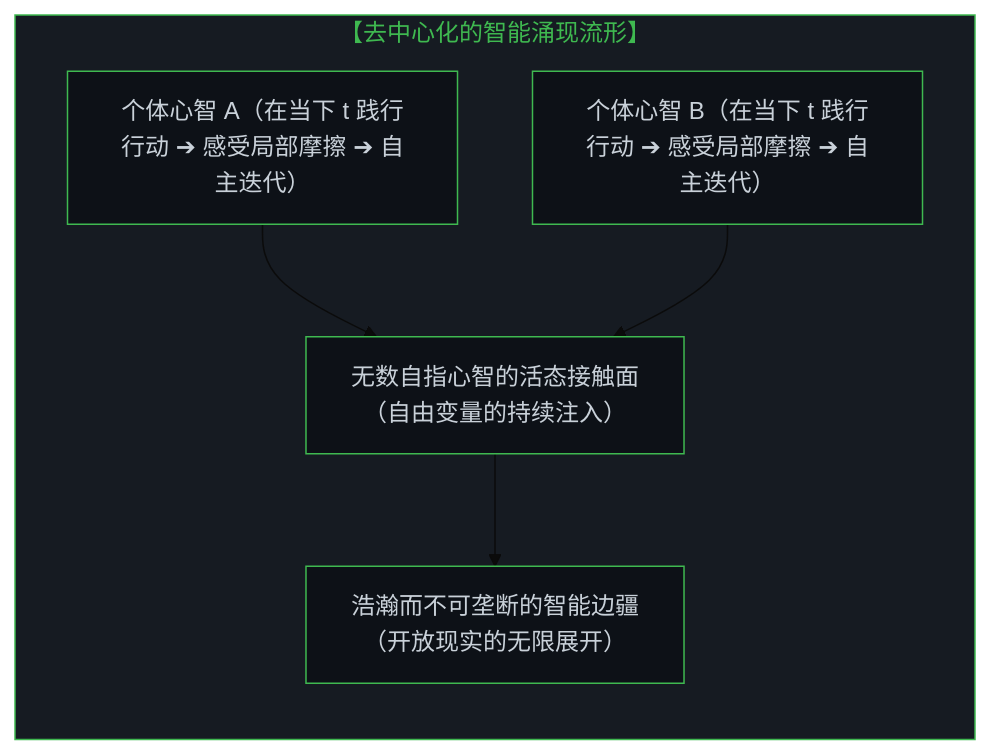
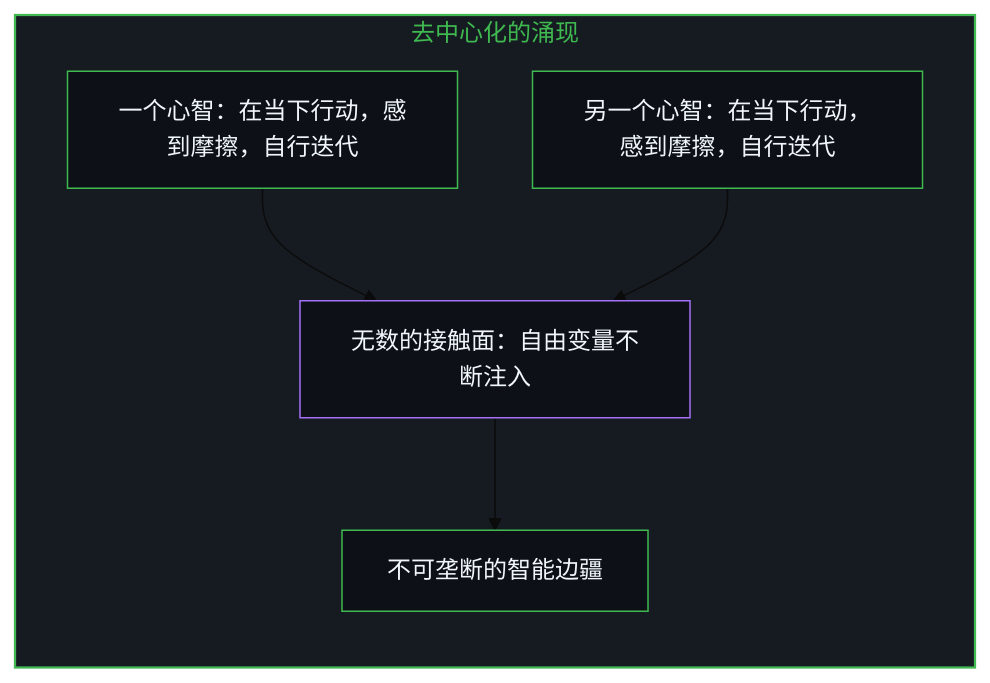
Before and after one commit to powerpig99/not-a-toe: the ninth of 10 diagrams in content/posts/the-fallacy-of-pacing-and-the-felt-friction-of-ground-truth.md, drawn with Mermaid (base theme). The commit also changed other lines of this file and 5 other files, not shown here.

Commit message:
Refine the-fallacy-of-pacing: alternating bilingual layout, five paired diagrams, implicit first person; review as signal not authority in two earlier posts; anchors aligned

````diff
--- a/content/posts/the-fallacy-of-pacing-and-the-felt-friction-of-ground-truth.md
+++ b/content/posts/the-fallacy-of-pacing-and-the-felt-friction-of-ground-truth.md
@@ -255,19 +283,19 @@
 ```mermaid
-graph TD
-    subgraph S_Decentralized_Frontier["【去中心化的智能涌现流形】"]
+flowchart TD
+    subgraph S_Frontier["去中心化的涌现"]
         direction TB
-        E1["个体心智 A（在当下 t 践行行动 ➔ 感受局部摩擦 ➔ 自主迭代）"]
-        E2["个体心智 B（在当下 t 践行行动 ➔ 感受局部摩擦 ➔ 自主迭代）"]
-        E3["无数自指心智的活态接触面<br>（自由变量的持续注入）"]
-        E4["浩瀚而不可垄断的智能边疆<br>（开放现实的无限展开）"]
-        E1 --> E3
-        E2 --> E3
-        E3 --> E4
+        MindA["一个心智：在当下行动，感到摩擦，自行迭代"]
+        MindB["另一个心智：在当下行动，感到摩擦，自行迭代"]
+        Surfaces["无数的接触面：自由变量不断注入"]
+        Open["不可垄断的智能边疆"]
+        MindA --> Surfaces
+        MindB --> Surfaces
+        Surfaces --> Open
     end
 
-    style S_Decentralized_Frontier fill:#161b22,stroke:#3fb950,stroke-width:1px,color:#3fb950
-    style E1 fill:#0d1117,stroke:#3fb950,stroke-width:1px,color:#c9d1d9
-    style E2 fill:#0d1117,stroke:#3fb950,stroke-width:1px,color:#c9d1d9
-    style E3 fill:#0d1117,stroke:#3fb950,stroke-width:1px,color:#c9d1d9
-    style E4 fill:#0d1117,stroke:#3fb950,stroke-width:1px,color:#c9d1d9
+    style S_Frontier fill:#161b22,stroke:#3fb950,stroke-width:1.5px,color:#3fb950
+    style MindA fill:#0d1117,stroke:#3fb950,stroke-width:1px,color:#f0f6fc
+    style MindB fill:#0d1117,stroke:#3fb950,stroke-width:1px,color:#f0f6fc
+    style Surfaces fill:#0d1117,stroke:#a371f7,stroke-width:1px,color:#f0f6fc
+    style Open fill:#0d1117,stroke:#3fb950,stroke-width:1px,color:#f0f6fc
 ```
````
